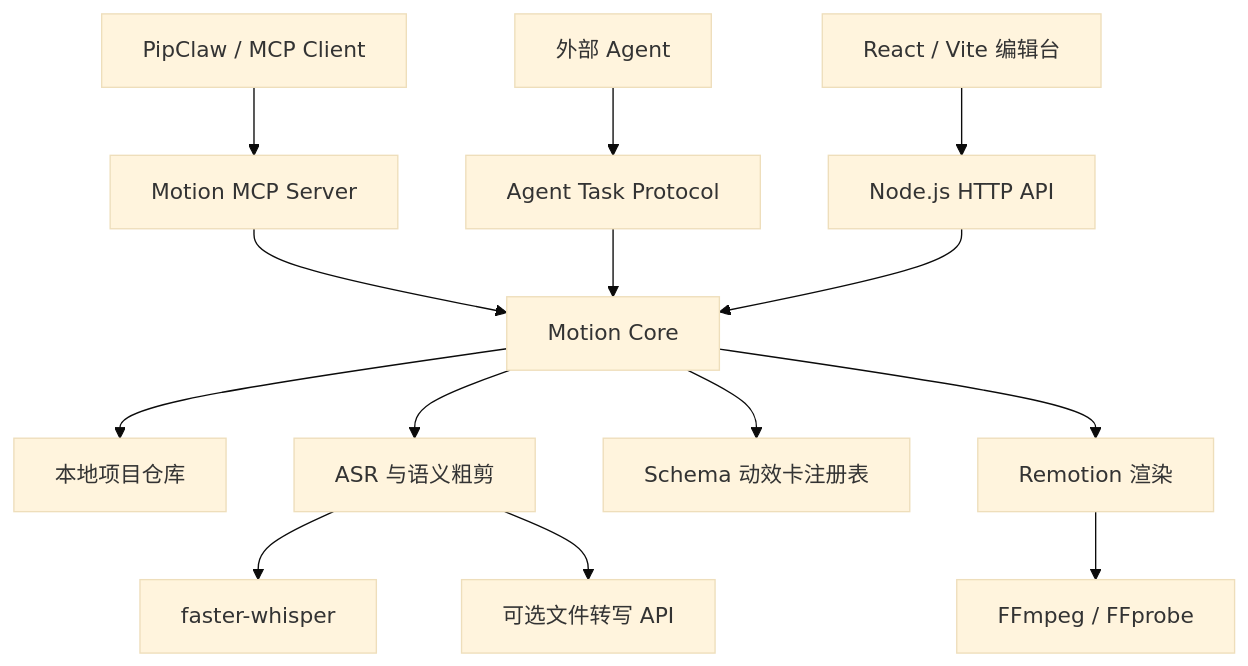
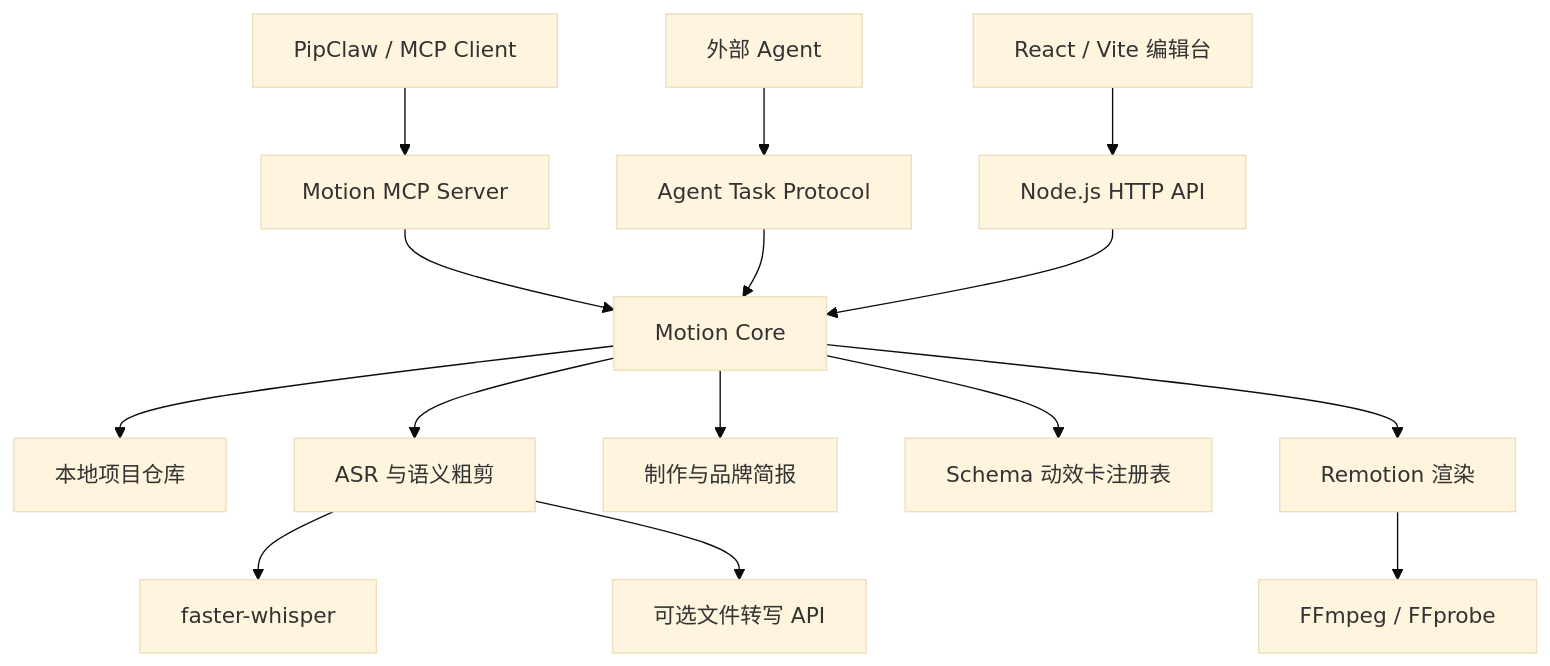
Before and after one commit to TylabAI/motionmaster: the second of 2 diagrams in README.zh-CN.md, drawn with Mermaid (base theme). The commit also changed other lines of this file and 35 other files, not shown here.

````diff
--- a/README.zh-CN.md
+++ b/README.zh-CN.md
@@ -98,16 +101,17 @@
 ```mermaid
 flowchart TB
     UI[React / Vite 编辑台] --> API[Node.js HTTP API]
     MCP[PipClaw / MCP Client] --> MCPServer[Motion MCP Server]
     Agent[外部 Agent] --> Protocol[Agent Task Protocol]
     MCPServer --> Core[Motion Core]
     Protocol --> Core
     API --> Core
     Core --> Repo[本地项目仓库]
     Core --> ASR[ASR 与语义粗剪]
+    Core --> Brief[制作与品牌简报]
     Core --> Cards[Schema 动效卡注册表]
     Core --> Render[Remotion 渲染]
     ASR --> FW[faster-whisper]
     ASR --> Cloud[可选文件转写 API]
     Render --> FFmpeg[FFmpeg / FFprobe]
 ```
````
